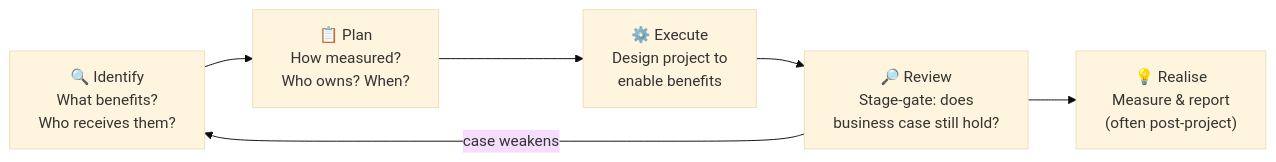
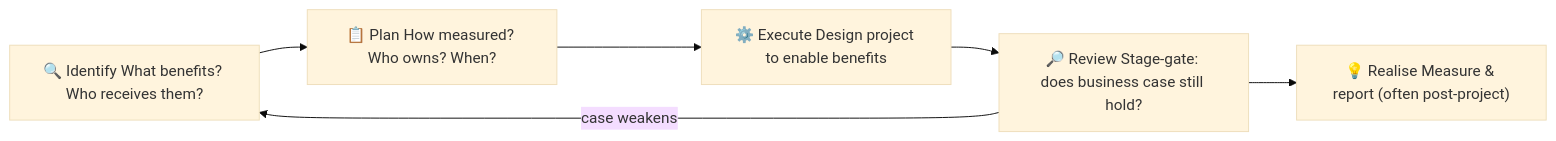
The third of 3 diagrams in modules/02-governance.md (UncleJS/course_projectManagement), drawn with Mermaid (base theme) before and after one commit. The commit also changed other lines of this file and 16 other files, not shown here.

Commit message:
Fix Mermaid rendering: remove literal \n from all diagram labels; quote unquoted & in flowchart nodes

````diff
--- a/modules/02-governance.md
+++ b/modules/02-governance.md
@@ -171,10 +171,10 @@
 ```mermaid
 flowchart LR
-    ID["🔍 Identify\nWhat benefits?\nWho receives them?"]
-    PL["📋 Plan\nHow measured?\nWho owns? When?"]
-    EX["⚙️ Execute\nDesign project to\nenable benefits"]
-    RV["🔎 Review\nStage-gate: does\nbusiness case still hold?"]
-    RL["💡 Realise\nMeasure & report\n(often post-project)"]
+    ID["🔍 Identify What benefits? Who receives them?"]
+    PL["📋 Plan How measured? Who owns? When?"]
+    EX["⚙️ Execute Design project to enable benefits"]
+    RV["🔎 Review Stage-gate: does business case still hold?"]
+    RL["💡 Realise Measure & report (often post-project)"]
     ID --> PL --> EX --> RV --> RL
     RV -->|"case weakens"| ID
 ```
````
